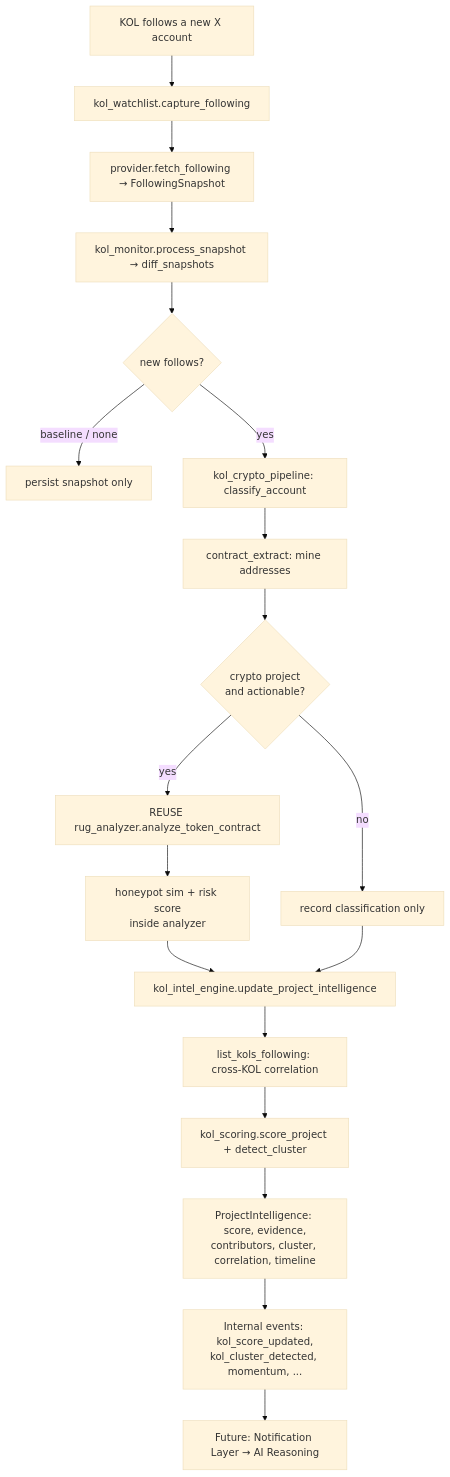
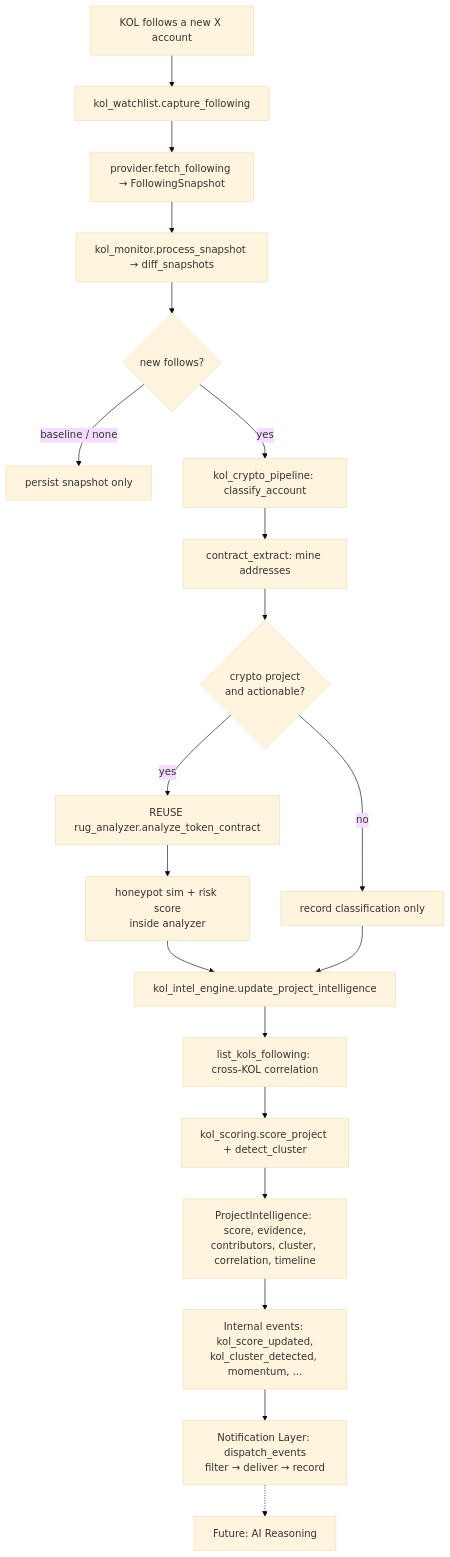
Before and after one commit to bqlekan/robinhood-rug-analyzer: the second of 4 diagrams in docs/ARCHITECTURE.md, drawn with Mermaid (base theme). The commit also changed other lines of this file and 6 other files, not shown here.

Commit message:
M23 Deliverable H – Notification Delivery Layer

````diff
--- a/docs/ARCHITECTURE.md
+++ b/docs/ARCHITECTURE.md
@@ -114,21 +114,22 @@
 ```mermaid
 flowchart TD
     KF[KOL follows a new X account] --> CAP[kol_watchlist.capture_following]
     CAP --> SNAP[provider.fetch_following → FollowingSnapshot]
     SNAP --> DIFF[kol_monitor.process_snapshot → diff_snapshots]
     DIFF --> NF{new follows?}
     NF -->|baseline / none| STOP[persist snapshot only]
     NF -->|yes| CD[kol_crypto_pipeline: classify_account]
     CD --> CE[contract_extract: mine addresses]
     CE --> RA{crypto project<br/>and actionable?}
     RA -->|yes| AN[REUSE rug_analyzer.analyze_token_contract]
     RA -->|no| SKIP[record classification only]
     AN --> HS[honeypot sim + risk score<br/>inside analyzer]
     HS --> COR[kol_intel_engine.update_project_intelligence]
     SKIP --> COR
     COR --> XK[list_kols_following: cross-KOL correlation]
     XK --> SC[kol_scoring.score_project + detect_cluster]
     SC --> PI[ProjectIntelligence: score, evidence,<br/>contributors, cluster, correlation, timeline]
     PI --> EV[Internal events: kol_score_updated,<br/>kol_cluster_detected, momentum, ...]
-    EV --> FUT[Future: Notification Layer → AI Reasoning]
+    EV --> NT[Notification Layer: dispatch_events<br/>filter → deliver → record]
+    NT -.-> FUT[Future: AI Reasoning]
 ```
````
